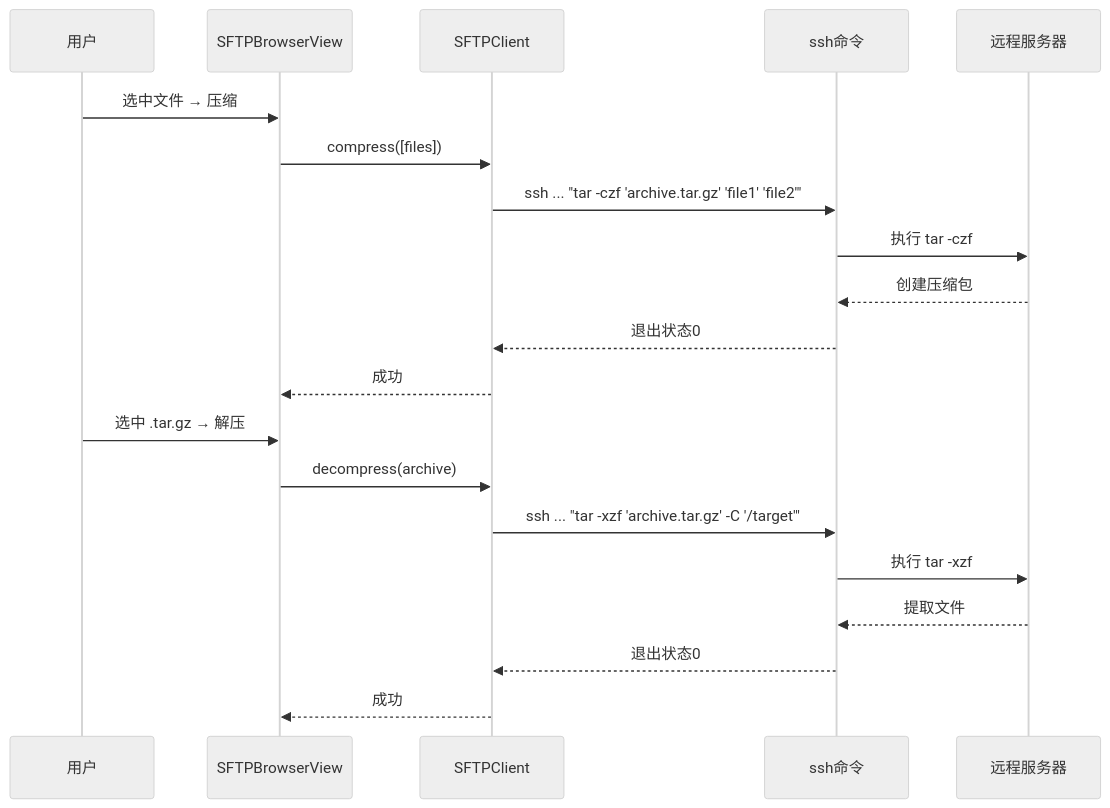
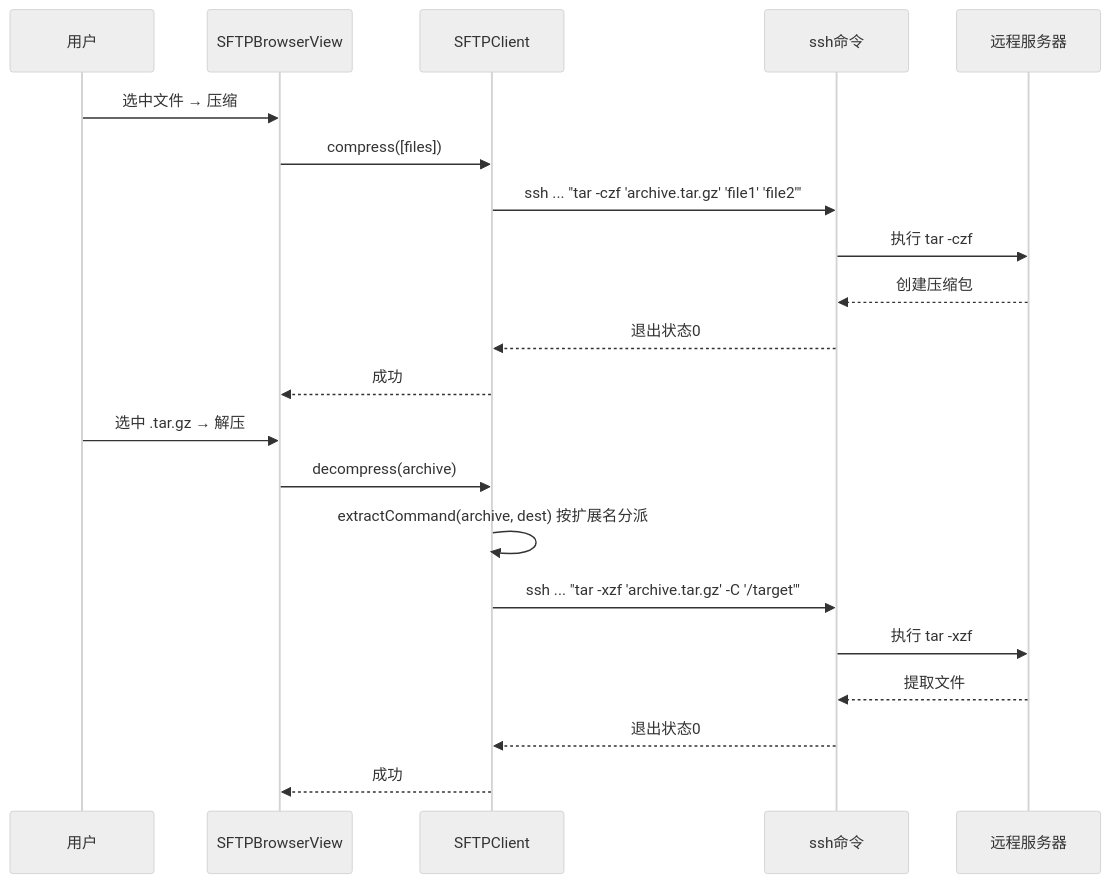
The fifth of 5 diagrams in SFTP_ARCHITECTURE.md (colisys/mtunl), drawn with Mermaid (neutral theme) before and after one commit. The commit also changed other lines of this file and 8 other files, not shown here.

````diff
--- a/SFTP_ARCHITECTURE.md
+++ b/SFTP_ARCHITECTURE.md
@@ -99,24 +99,25 @@
 ```mermaid
 sequenceDiagram
     participant U as 用户
     participant V as SFTPBrowserView
     participant C as SFTPClient
     participant S as ssh命令
     participant R as 远程服务器
     
     U->>V: 选中文件 → 压缩
     V->>C: compress([files])
     C->>S: ssh ... "tar -czf 'archive.tar.gz' 'file1' 'file2'"
     S->>R: 执行 tar -czf
     R-->>S: 创建压缩包
     S-->>C: 退出状态0
     C-->>V: 成功
     
     U->>V: 选中 .tar.gz → 解压
     V->>C: decompress(archive)
+    C->>C: extractCommand(archive, dest) 按扩展名分派
     C->>S: ssh ... "tar -xzf 'archive.tar.gz' -C '/target'"
     S->>R: 执行 tar -xzf
     R-->>S: 提取文件
     S-->>C: 退出状态0
     C-->>V: 成功
 ```
````
